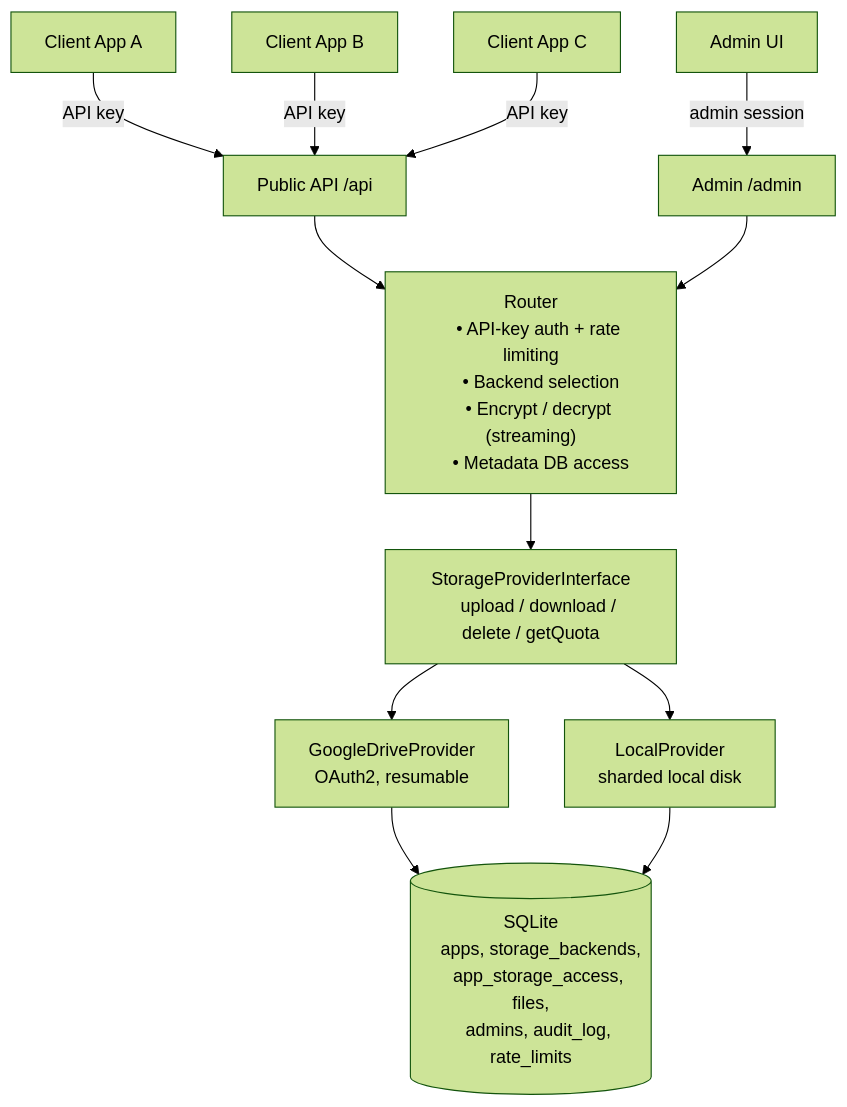
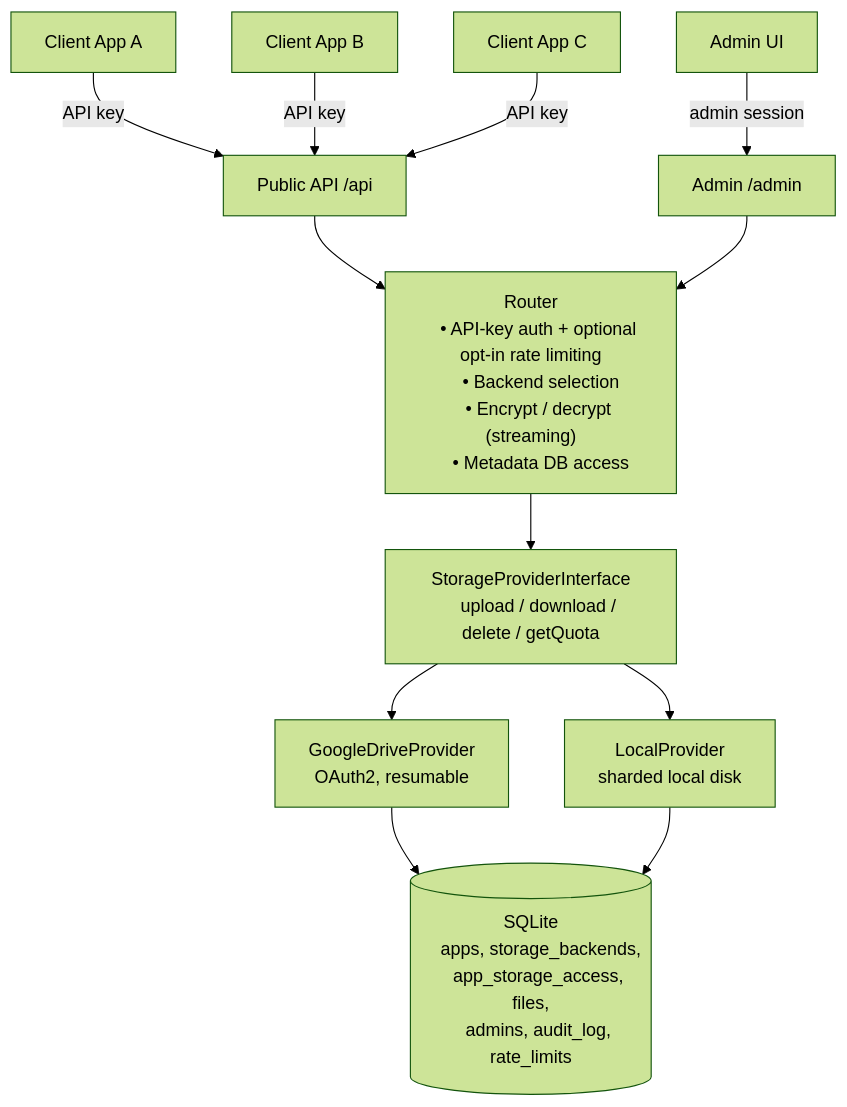
One commit to harisfi/storage-router changed the diagram in README.md. Above: the diagram before and after it, drawn with Mermaid (forest theme). The commit also changed other lines of this file and 2 other files, not shown here.

Commit message:
feat(docs): clarify optional opt-in rate limiting and backend dependency in documentation

````diff
--- a/README.md
+++ b/README.md
@@ -26,29 +26,29 @@
 ```mermaid
 flowchart TD
     A[Client App A] -->|API key| API
     B[Client App B] -->|API key| API
     C[Client App C] -->|API key| API
     UI[Admin UI] -->|admin session| ADMIN
 
     API[Public API /api] --> ROUTER
     ADMIN[Admin /admin] --> ROUTER
 
     ROUTER["Router
-    • API-key auth + rate limiting
+    • API-key auth + optional opt-in rate limiting
     • Backend selection
     • Encrypt / decrypt (streaming)
     • Metadata DB access"] --> SPI
 
     SPI[StorageProviderInterface
     upload / download / delete / getQuota] --> GOOGLE
     SPI --> LOCAL
 
     GOOGLE[GoogleDriveProvider
     OAuth2, resumable] --> DB[(SQLite
     apps, storage_backends,
     app_storage_access, files,
     admins, audit_log, rate_limits)]
 
     LOCAL[LocalProvider
     sharded local disk] --> DB
 ```
````
